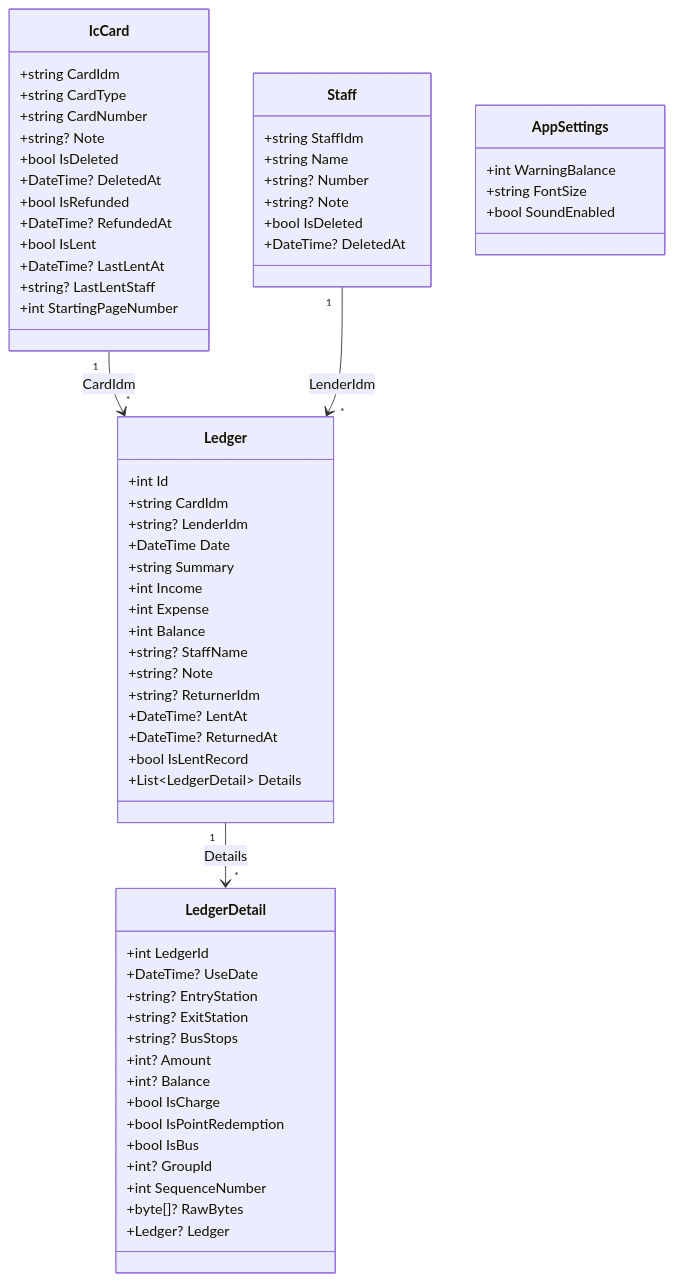
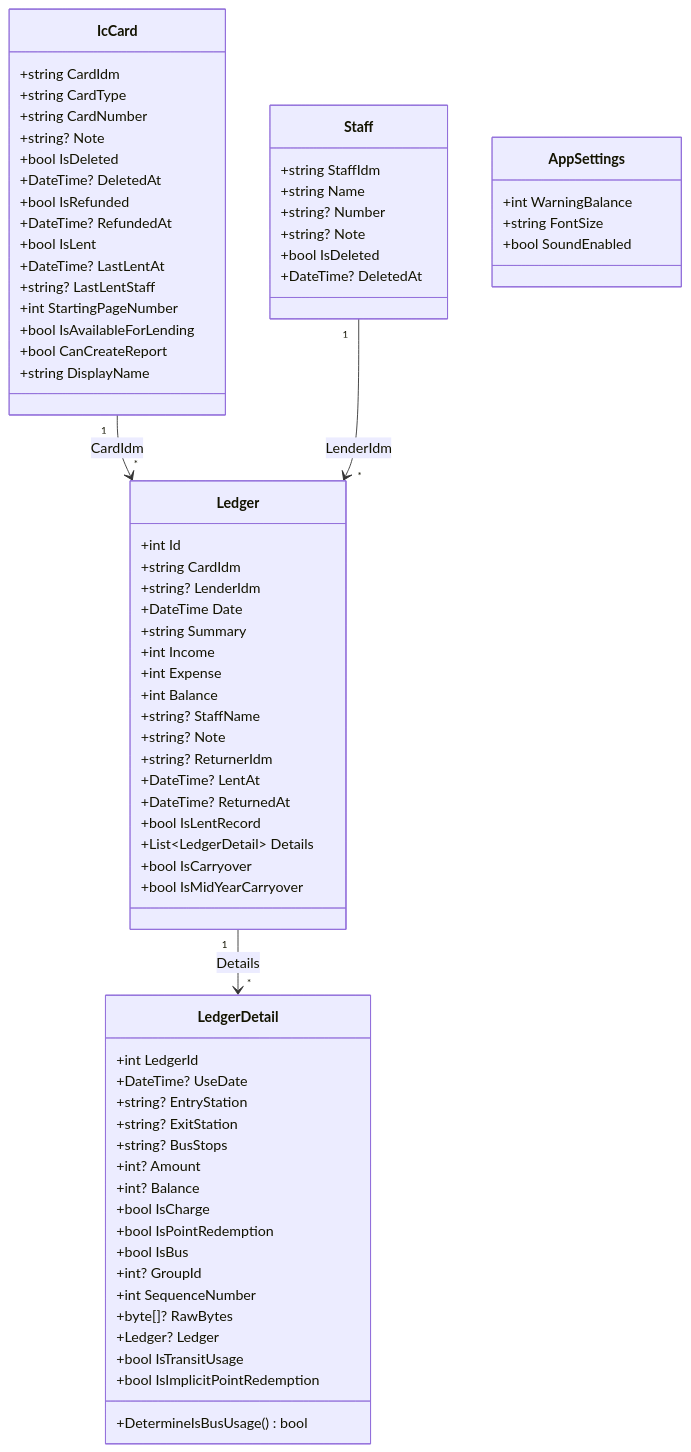
One commit to kuwayamamasayuki/ICCardManager changed the first of 39 diagrams in ICCardManager/docs/design/05_クラス設計書.md. Above: the diagram before and after it, drawn with Mermaid. The commit also changed other lines of this file and 15 other files, not shown here.

````diff
--- a/ICCardManager/docs/design/05_クラス設計書.md
+++ b/ICCardManager/docs/design/05_クラス設計書.md
@@ -20,73 +20,81 @@
 ```mermaid
 classDiagram
     %% Models
     class Staff {
         +string StaffIdm
         +string Name
         +string? Number
         +string? Note
         +bool IsDeleted
         +DateTime? DeletedAt
     }
 
     class IcCard {
         +string CardIdm
         +string CardType
         +string CardNumber
         +string? Note
         +bool IsDeleted
         +DateTime? DeletedAt
         +bool IsRefunded
         +DateTime? RefundedAt
         +bool IsLent
         +DateTime? LastLentAt
         +string? LastLentStaff
         +int StartingPageNumber
+        +bool IsAvailableForLending
+        +bool CanCreateReport
+        +string DisplayName
     }
 
     class Ledger {
         +int Id
         +string CardIdm
         +string? LenderIdm
         +DateTime Date
         +string Summary
         +int Income
         +int Expense
         +int Balance
         +string? StaffName
         +string? Note
         +string? ReturnerIdm
         +DateTime? LentAt
         +DateTime? ReturnedAt
         +bool IsLentRecord
         +List~LedgerDetail~ Details
+        +bool IsCarryover
+        +bool IsMidYearCarryover
     }
 
     class LedgerDetail {
         +int LedgerId
         +DateTime? UseDate
         +string? EntryStation
         +string? ExitStation
         +string? BusStops
         +int? Amount
         +int? Balance
         +bool IsCharge
         +bool IsPointRedemption
         +bool IsBus
         +int? GroupId
         +int SequenceNumber
         +byte[]? RawBytes
         +Ledger? Ledger
+        +DetermineIsBusUsage() bool
+        +bool IsTransitUsage
+        +bool IsImplicitPointRedemption
     }
 
     class AppSettings {
         +int WarningBalance
         +string FontSize
         +bool SoundEnabled
     }
 
     %% Relationships
     Ledger "1" --> "*" LedgerDetail : Details
     IcCard "1" --> "*" Ledger : CardIdm
     Staff "1" --> "*" Ledger : LenderIdm
 ```
````
